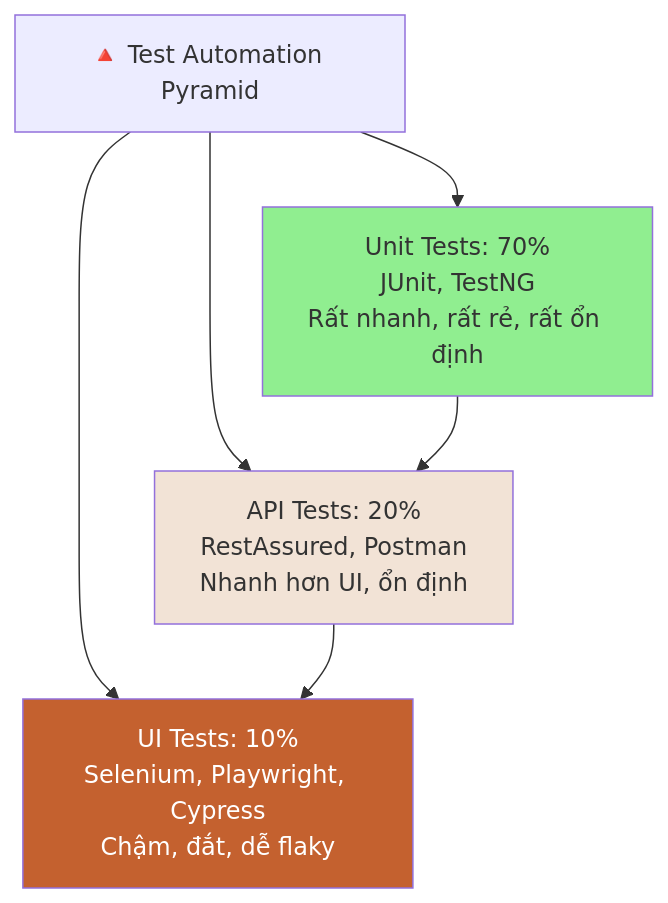
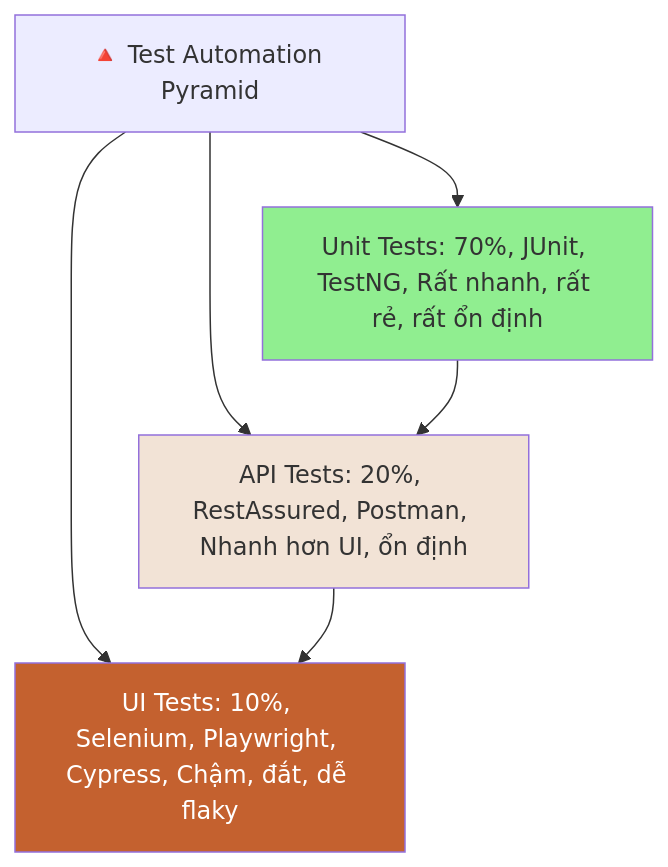
The sixth of 11 diagrams in 01-automation-testing-fundamentals.md (namnd0806/automation-testing-cource), drawn with Mermaid before and after one commit. The commit also changed other lines of this file and 4 other files, not shown here.

First line of the commit message:
Fix: Sửa tất cả sơ đồ Mermaid lỗi format

````diff
--- a/01-automation-testing-fundamentals.md
+++ b/01-automation-testing-fundamentals.md
@@ -458,16 +458,16 @@
 ```mermaid
 graph TD
     A[🔺 Test Automation Pyramid]
     
-    A --> B[UI Tests: 10%<br/>Selenium, Playwright, Cypress<br/>Chậm, đắt, dễ flaky]
+    A --> B[UI Tests: 10%, Selenium, Playwright, Cypress, Chậm, đắt, dễ flaky]
     
-    A --> C[API Tests: 20%<br/>RestAssured, Postman<br/>Nhanh hơn UI, ổn định]
+    A --> C[API Tests: 20%, RestAssured, Postman, Nhanh hơn UI, ổn định]
     
-    A --> D[Unit Tests: 70%<br/>JUnit, TestNG<br/>Rất nhanh, rất rẻ, rất ổn định]
+    A --> D[Unit Tests: 70%, JUnit, TestNG, Rất nhanh, rất rẻ, rất ổn định]
     
     D --> C --> B
     
     style D fill:#90EE90
     style C fill:#F2E3D6
     style B fill:#C4612F,color:#fff
 ```
````
